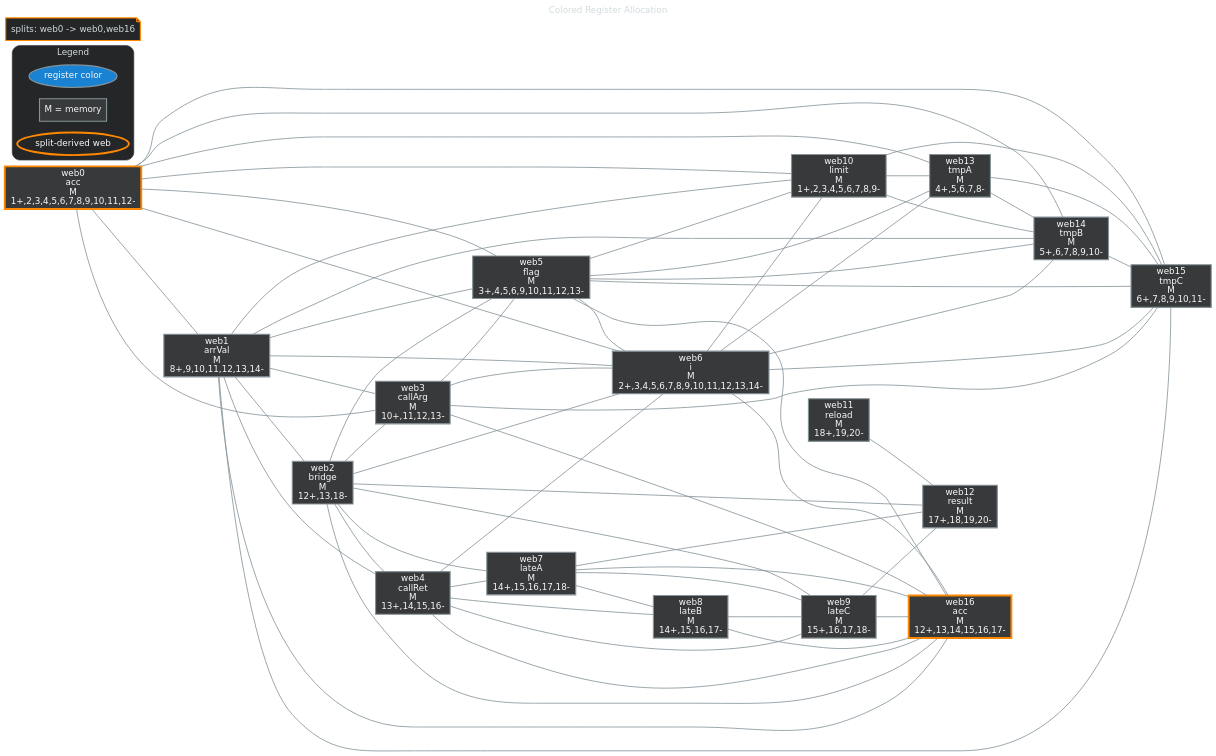
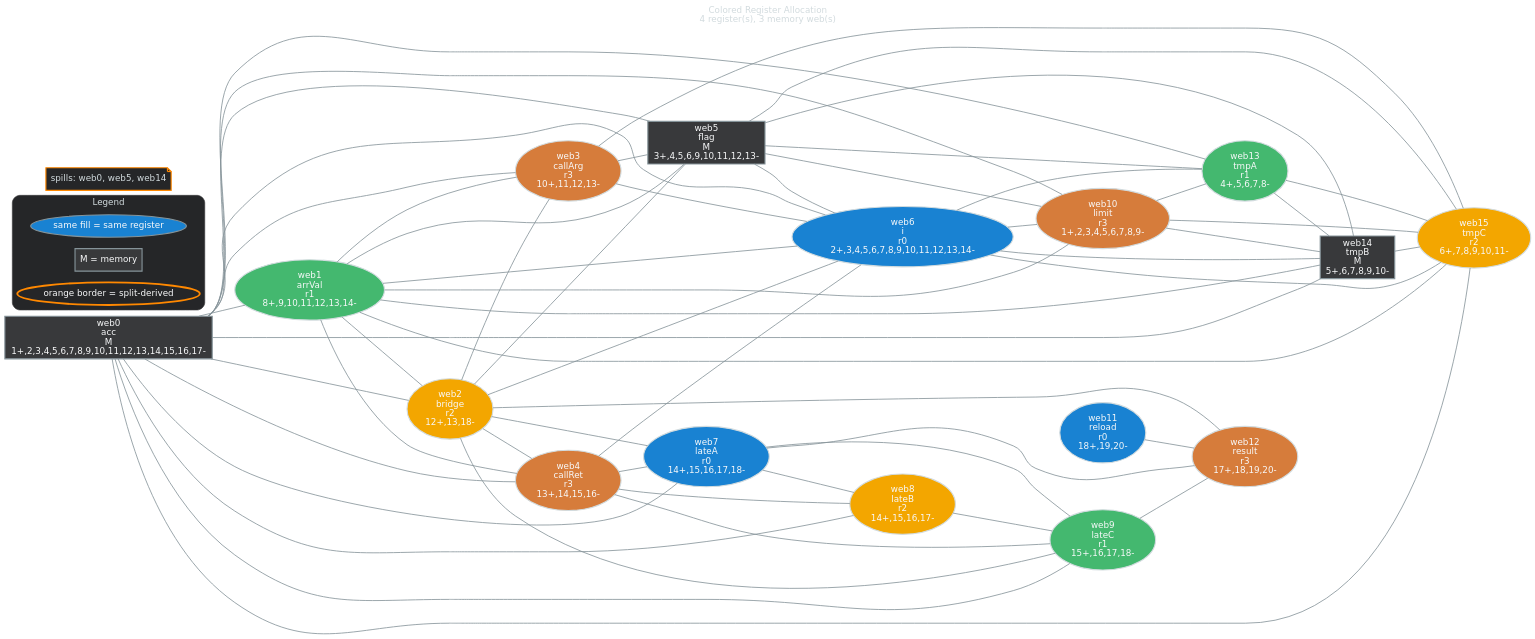
Before and after one commit to AlexDTT/CompilerRegisterAllocationProject: the diagram in allocation.dot, drawn with Graphviz. The commit also changed 88 other files, not shown here.

```diff
--- a/allocation.dot
+++ b/allocation.dot
@@ -1,96 +1,91 @@
 graph allocation {
-    graph [bgcolor="transparent", color="#38393b", rankdir=LR, fontname="DejaVu Sans", fontcolor="#d2dbde", labelloc=t, label="Colored Register Allocation"];
+    graph [bgcolor="transparent", color="#38393b", rankdir=LR, fontname="DejaVu Sans", fontcolor="#d2dbde", labelloc=t, label="Colored Register Allocation\n4 register(s), 3 memory web(s)"];
     node [shape=ellipse, style="filled,bold", fontname="DejaVu Sans", fontcolor="#f8f9fa", color="#859399", penwidth=1.8];
     edge [color="#859399", fontcolor="#d2dbde", penwidth=1.3];
 
-    web0 [label="web0\nacc\nM\n1+,2,3,4,5,6,7,8,9,10,11,12-", fillcolor="#38393b", color="#ff8800", shape=box, penwidth=3.0];
-    web1 [label="web1\narrVal\nM\n8+,9,10,11,12,13,14-", fillcolor="#38393b", color="#859399", shape=box, penwidth=1.8];
-    web2 [label="web2\nbridge\nM\n12+,13,18-", fillcolor="#38393b", color="#859399", shape=box, penwidth=1.8];
-    web3 [label="web3\ncallArg\nM\n10+,11,12,13-", fillcolor="#38393b", color="#859399", shape=box, penwidth=1.8];
-    web4 [label="web4\ncallRet\nM\n13+,14,15,16-", fillcolor="#38393b", color="#859399", shape=box, penwidth=1.8];
+    web0 [label="web0\nacc\nM\n1+,2,3,4,5,6,7,8,9,10,11,12,13,14,15,16,17-", fillcolor="#38393b", color="#859399", shape=box, penwidth=1.8];
+    web1 [label="web1\narrVal\nr1\n8+,9,10,11,12,13,14-", fillcolor="#44b86f", color="#d2dbde", shape=ellipse, penwidth=1.8];
+    web2 [label="web2\nbridge\nr2\n12+,13,18-", fillcolor="#f3a600", color="#d2dbde", shape=ellipse, penwidth=1.8];
+    web3 [label="web3\ncallArg\nr3\n10+,11,12,13-", fillcolor="#d67c3b", color="#d2dbde", shape=ellipse, penwidth=1.8];
+    web4 [label="web4\ncallRet\nr3\n13+,14,15,16-", fillcolor="#d67c3b", color="#d2dbde", shape=ellipse, penwidth=1.8];
     web5 [label="web5\nflag\nM\n3+,4,5,6,9,10,11,12,13-", fillcolor="#38393b", color="#859399", shape=box, penwidth=1.8];
-    web6 [label="web6\ni\nM\n2+,3,4,5,6,7,8,9,10,11,12,13,14-", fillcolor="#38393b", color="#859399", shape=box, penwidth=1.8];
-    web7 [label="web7\nlateA\nM\n14+,15,16,17,18-", fillcolor="#38393b", color="#859399", shape=box, penwidth=1.8];
-    web8 [label="web8\nlateB\nM\n14+,15,16,17-", fillcolor="#38393b", color="#859399", shape=box, penwidth=1.8];
-    web9 [label="web9\nlateC\nM\n15+,16,17,18-", fillcolor="#38393b", color="#859399", shape=box, penwidth=1.8];
-    web10 [label="web10\nlimit\nM\n1+,2,3,4,5,6,7,8,9-", fillcolor="#38393b", color="#859399", shape=box, penwidth=1.8];
-    web11 [label="web11\nreload\nM\n18+,19,20-", fillcolor="#38393b", color="#859399", shape=box, penwidth=1.8];
-    web12 [label="web12\nresult\nM\n17+,18,19,20-", fillcolor="#38393b", color="#859399", shape=box, penwidth=1.8];
-    web13 [label="web13\ntmpA\nM\n4+,5,6,7,8-", fillcolor="#38393b", color="#859399", shape=box, penwidth=1.8];
+    web6 [label="web6\ni\nr0\n2+,3,4,5,6,7,8,9,10,11,12,13,14-", fillcolor="#1982d2", color="#d2dbde", shape=ellipse, penwidth=1.8];
+    web7 [label="web7\nlateA\nr0\n14+,15,16,17,18-", fillcolor="#1982d2", color="#d2dbde", shape=ellipse, penwidth=1.8];
+    web8 [label="web8\nlateB\nr2\n14+,15,16,17-", fillcolor="#f3a600", color="#d2dbde", shape=ellipse, penwidth=1.8];
+    web9 [label="web9\nlateC\nr1\n15+,16,17,18-", fillcolor="#44b86f", color="#d2dbde", shape=ellipse, penwidth=1.8];
+    web10 [label="web10\nlimit\nr3\n1+,2,3,4,5,6,7,8,9-", fillcolor="#d67c3b", color="#d2dbde", shape=ellipse, penwidth=1.8];
+    web11 [label="web11\nreload\nr0\n18+,19,20-", fillcolor="#1982d2", color="#d2dbde", shape=ellipse, penwidth=1.8];
+    web12 [label="web12\nresult\nr3\n17+,18,19,20-", fillcolor="#d67c3b", color="#d2dbde", shape=ellipse, penwidth=1.8];
+    web13 [label="web13\ntmpA\nr1\n4+,5,6,7,8-", fillcolor="#44b86f", color="#d2dbde", shape=ellipse, penwidth=1.8];
     web14 [label="web14\ntmpB\nM\n5+,6,7,8,9,10-", fillcolor="#38393b", color="#859399", shape=box, penwidth=1.8];
-    web15 [label="web15\ntmpC\nM\n6+,7,8,9,10,11-", fillcolor="#38393b", color="#859399", shape=box, penwidth=1.8];
-    web16 [label="web16\nacc\nM\n12+,13,14,15,16,17-", fillcolor="#38393b", color="#ff8800", shape=box, penwidth=3.0];
+    web15 [label="web15\ntmpC\nr2\n6+,7,8,9,10,11-", fillcolor="#f3a600", color="#d2dbde", shape=ellipse, penwidth=1.8];
     web0 -- web1;
+    web0 -- web2;
     web0 -- web3;
+    web0 -- web4;
     web0 -- web5;
     web0 -- web6;
+    web0 -- web7;
+    web0 -- web8;
+    web0 -- web9;
     web0 -- web10;
     web0 -- web13;
     web0 -- web14;
     web0 -- web15;
     web1 -- web2;
     web1 -- web3;
     web1 -- web4;
     web1 -- web5;
     web1 -- web6;
     web1 -- web10;
     web1 -- web14;
     web1 -- web15;
-    web1 -- web16;
     web2 -- web3;
     web2 -- web4;
     web2 -- web5;
     web2 -- web6;
     web2 -- web7;
     web2 -- web9;
     web2 -- web12;
-    web2 -- web16;
     web3 -- web5;
     web3 -- web6;
     web3 -- web15;
-    web3 -- web16;
     web4 -- web6;
     web4 -- web7;
     web4 -- web8;
     web4 -- web9;
-    web4 -- web16;
     web5 -- web6;
     web5 -- web10;
     web5 -- web13;
     web5 -- web14;
     web5 -- web15;
-    web5 -- web16;
     web6 -- web10;
     web6 -- web13;
     web6 -- web14;
     web6 -- web15;
-    web6 -- web16;
     web7 -- web8;
     web7 -- web9;
     web7 -- web12;
-    web7 -- web16;
     web8 -- web9;
-    web8 -- web16;
     web9 -- web12;
-    web9 -- web16;
     web10 -- web13;
     web10 -- web14;
     web10 -- web15;
     web11 -- web12;
     web13 -- web14;
     web13 -- web15;
     web14 -- web15;
 
     subgraph cluster_legend {
         label="Legend";
         fontcolor="#d2dbde";
         color="#38393b";
         style="rounded,filled";
         fillcolor="#252628";
-        key_reg [label="register color", fillcolor="#1982d2", shape=ellipse];
+        key_reg [label="same fill = same register", fillcolor="#1982d2", shape=ellipse];
         key_mem [label="M = memory", fillcolor="#38393b", shape=box, color="#859399"];
-        key_split [label="split-derived web", fillcolor="#252628", color="#ff8800", penwidth=3.0];
+        key_split [label="orange border = split-derived", fillcolor="#252628", color="#ff8800", penwidth=3.0];
     }
 
-    note [shape=note, fillcolor="#252628", color="#ff8800", fontcolor="#d2dbde", label="splits: web0 -> web0,web16"];
+    note [shape=note, fillcolor="#252628", color="#ff8800", fontcolor="#d2dbde", label="spills: web0, web5, web14"];
 }
```
